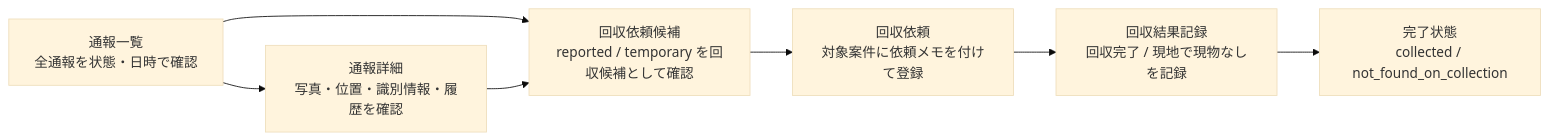
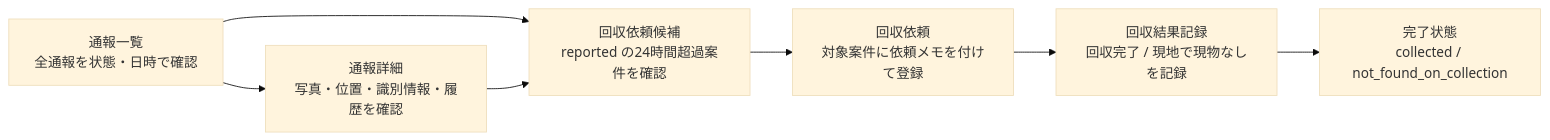
The diagram in docs/ui/wireframes-admin-dashboard.md (fjmrytfjsn/NO-Houchi-Bicycle-Net), drawn with Mermaid (base theme) before and after one commit. The commit also changed other lines of this file and 5 other files, not shown here.

````diff
--- a/docs/ui/wireframes-admin-dashboard.md
+++ b/docs/ui/wireframes-admin-dashboard.md
@@ -45,9 +45,9 @@
 ```mermaid
 flowchart LR
   A["通報一覧<br>全通報を状態・日時で確認"] --> B["通報詳細<br>写真・位置・識別情報・履歴を確認"]
-  A --> C["回収依頼候補<br>reported / temporary を回収候補として確認"]
+  A --> C["回収依頼候補<br>reported の24時間超過案件を確認"]
   C --> D["回収依頼<br>対象案件に依頼メモを付けて登録"]
   D --> E["回収結果記録<br>回収完了 / 現地で現物なしを記録"]
   E --> F["完了状態<br>collected / not_found_on_collection"]
   B --> C
 ```
````
